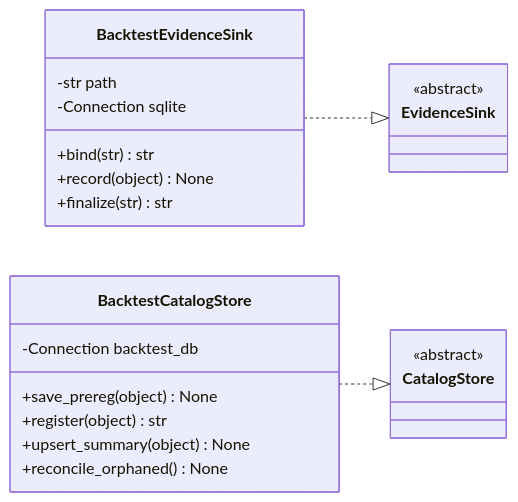
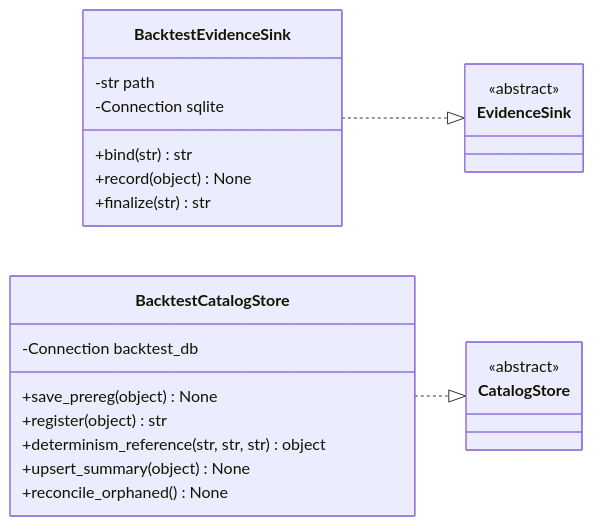
Diagram 24 of 28 in docs/fullspec/backtest_v2_detailed_design.md (vessel35/trading-system-v2), drawn with Mermaid before and after one commit. The commit also changed other lines of this file and 1 other file, not shown here.

````diff
--- a/docs/fullspec/backtest_v2_detailed_design.md
+++ b/docs/fullspec/backtest_v2_detailed_design.md
@@ -3304,22 +3360,23 @@
 ```mermaid
 classDiagram
     direction LR
     class EvidenceSink { <<abstract>> }
     class CatalogStore { <<abstract>> }
     class BacktestEvidenceSink {
         -str path
         -Connection sqlite
         +bind(str) str
         +record(object) None
         +finalize(str) str
     }
     class BacktestCatalogStore {
         -Connection backtest_db
         +save_prereg(object) None
         +register(object) str
+        +determinism_reference(str, str, str) object
         +upsert_summary(object) None
         +reconcile_orphaned() None
     }
     BacktestEvidenceSink ..|> EvidenceSink
     BacktestCatalogStore ..|> CatalogStore
 ```
````
